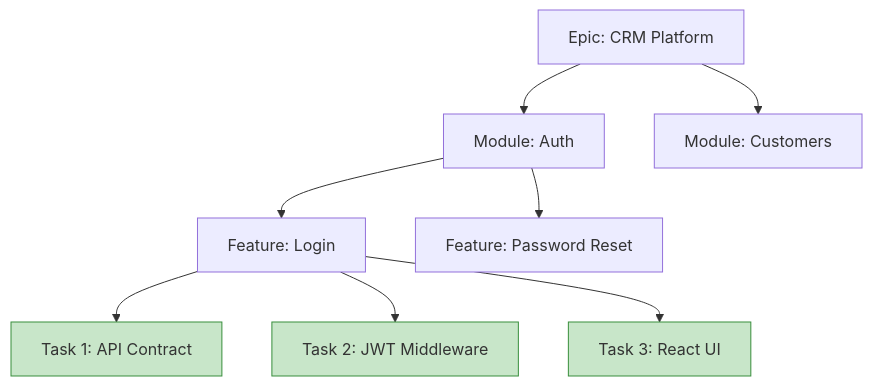
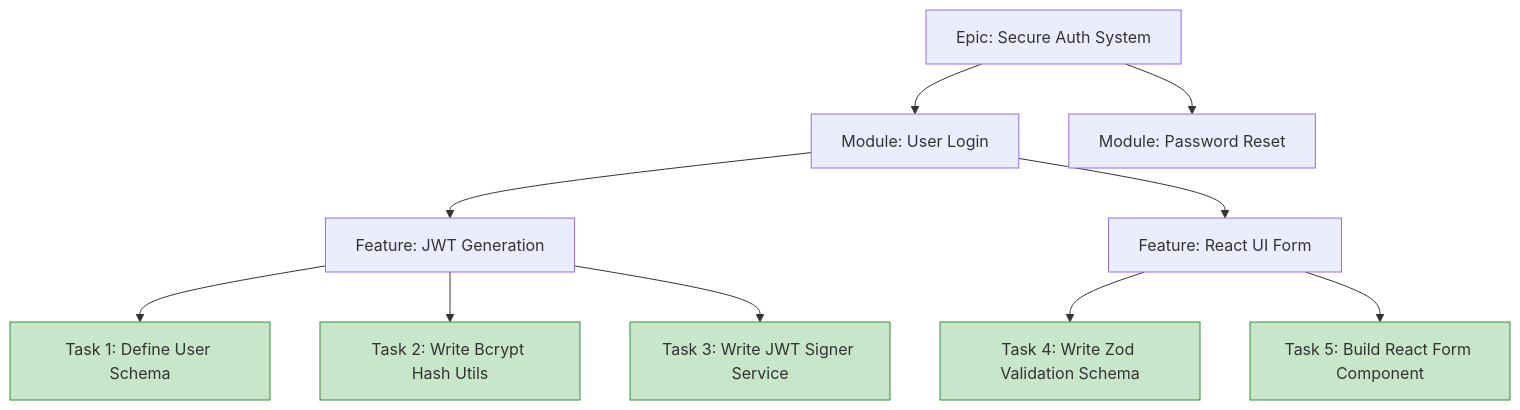
One commit to dhanesh-vaishnav96/AIBuilder.md changed the diagram in Part 6 - Project Breakdown.md. Above: the diagram before and after it, drawn with Mermaid. The commit also changed other lines of this file and 11 other files, not shown here.

````diff
--- a/Part 6 - Project Breakdown.md
+++ b/Part 6 - Project Breakdown.md
@@ -18,16 +22,21 @@
 ```mermaid
 graph TD
-    A[Epic: CRM Platform] --> B[Module: Auth]
-    A --> C[Module: Customers]
+    A[Epic: Secure Auth System] --> B[Module: User Login]
+    A --> C[Module: Password Reset]
     
-    B --> D[Feature: Login]
-    B --> E[Feature: Password Reset]
+    B --> D[Feature: JWT Generation]
+    B --> E[Feature: React UI Form]
     
-    D --> F[Task 1: API Contract]
-    D --> G[Task 2: JWT Middleware]
-    D --> H[Task 3: React UI]
+    D --> F[Task 1: Define User Schema]
+    D --> G[Task 2: Write Bcrypt Hash Utils]
+    D --> H[Task 3: Write JWT Signer Service]
+    
+    E --> I[Task 4: Write Zod Validation Schema]
+    E --> J[Task 5: Build React Form Component]
     
     style F fill:#c8e6c9,stroke:#388e3c
     style G fill:#c8e6c9,stroke:#388e3c
     style H fill:#c8e6c9,stroke:#388e3c
+    style I fill:#c8e6c9,stroke:#388e3c
+    style J fill:#c8e6c9,stroke:#388e3c
 ```
````
